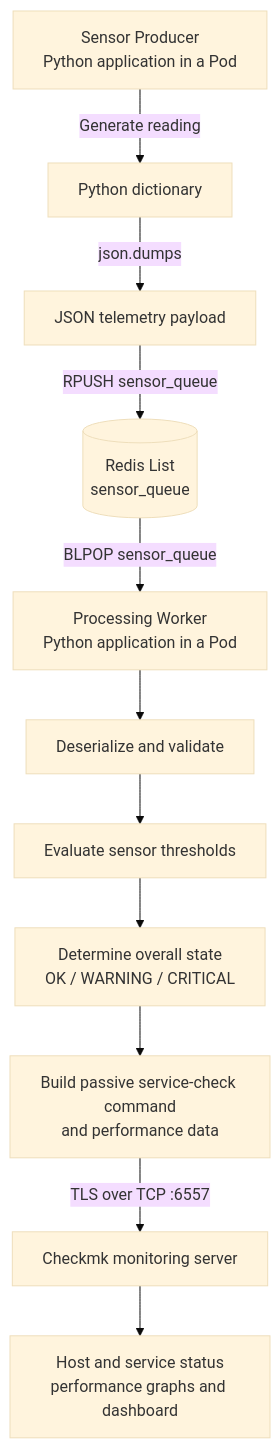
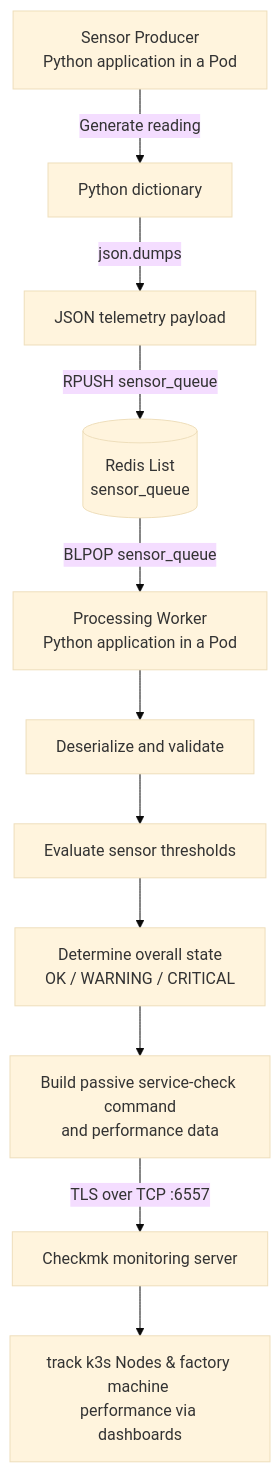
Before and after one commit to YazanAlJedawi/smart_factory_observability_solution: the first of 2 diagrams in README.md, drawn with Mermaid (base theme). The commit also changed other lines of this file and 1 other file, not shown here.

````diff
--- a/README.md
+++ b/README.md
@@ -66,13 +68,13 @@
 ```mermaid
 flowchart TD
     A[Sensor Producer<br/>Python application in a Pod] -->|Generate reading| B[Python dictionary]
     B -->|json.dumps| C[JSON telemetry payload]
     C -->|RPUSH sensor_queue| D[(Redis List<br/>sensor_queue)]
     D -->|BLPOP sensor_queue| E[Processing Worker<br/>Python application in a Pod]
     E --> F[Deserialize and validate]
     F --> G[Evaluate sensor thresholds]
     G --> H[Determine overall state<br/>OK / WARNING / CRITICAL]
     H --> I[Build passive service-check command<br/>and performance data]
     I -->|TLS over TCP :6557| J[Checkmk monitoring server]
-    J --> K[Host and service status<br/>performance graphs and dashboard]
+    J --> K[track k3s Nodes & factory machine <br/>performance via dashboards]
 ```
````
